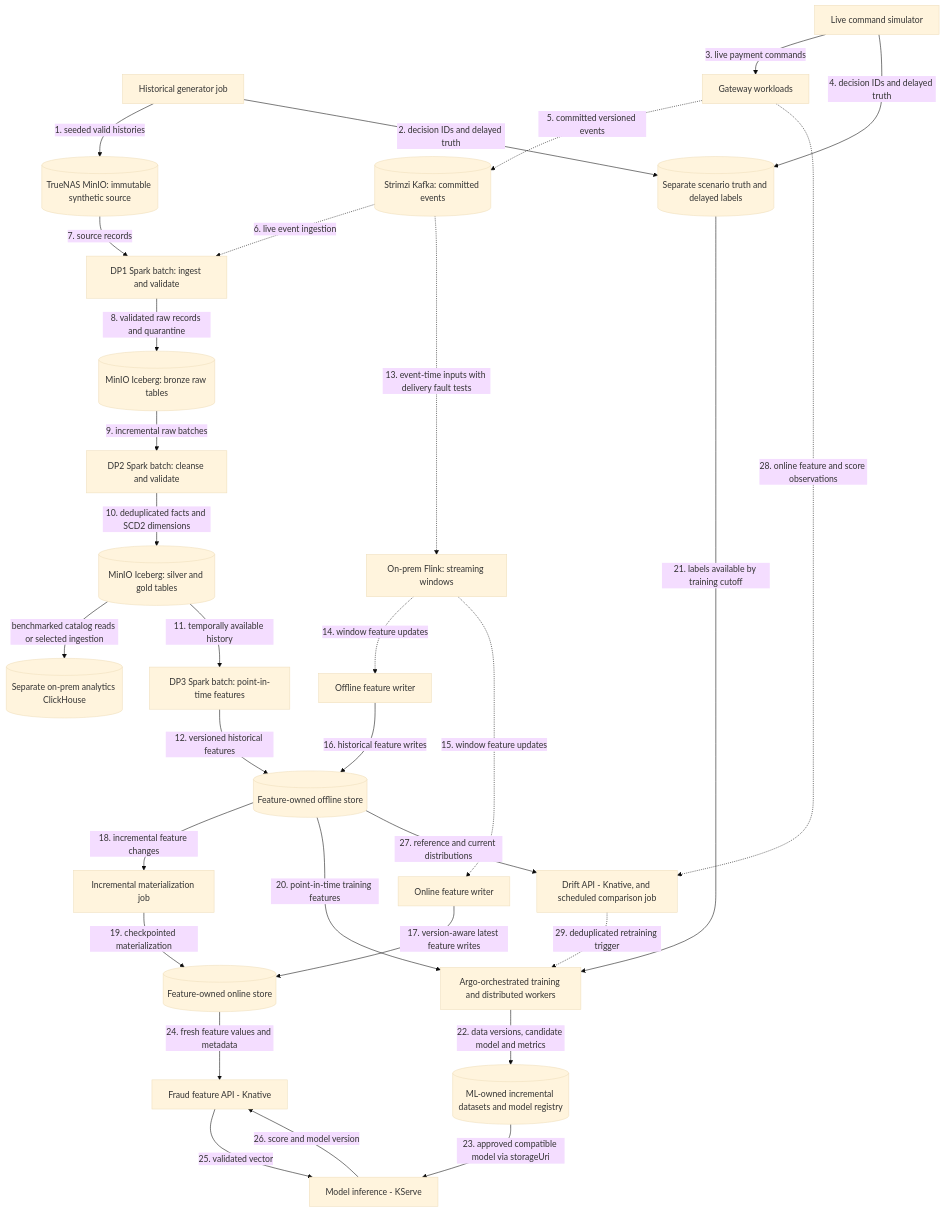
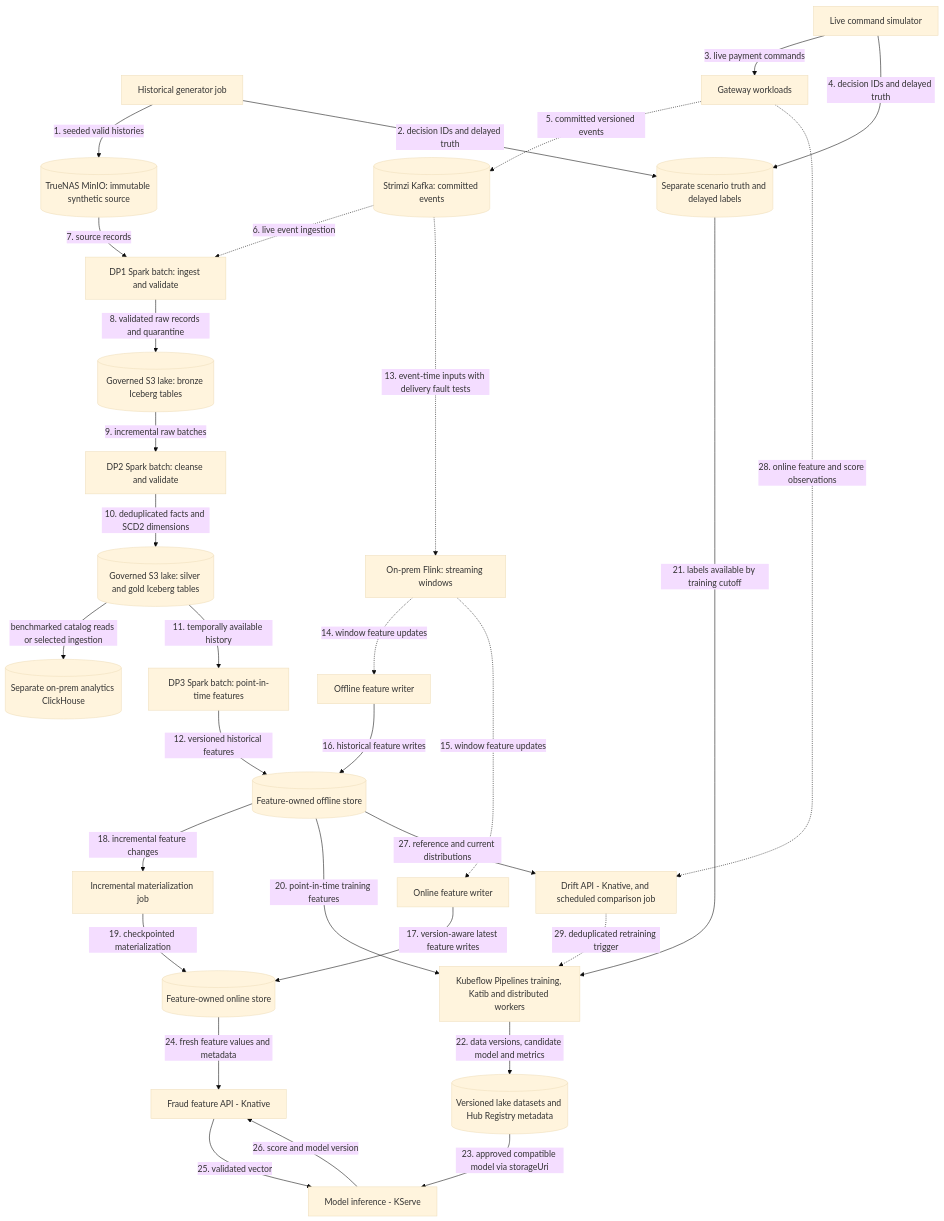
Before and after one commit to phuchoang2603/realtime-credit-card-fraud-detection: the diagram in docs/architecture/data-ml-flows.md, drawn with Mermaid (base theme). The commit also changed other lines of this file and 14 other files, not shown here.

````diff
--- a/docs/architecture/data-ml-flows.md
+++ b/docs/architecture/data-ml-flows.md
@@ -9,56 +9,56 @@
 ```mermaid
 flowchart TB
     H["Historical generator job"]
     L["Live command simulator"]
     G["Gateway workloads"]
     T[("Separate scenario truth and delayed labels")]
     S[("TrueNAS MinIO: immutable synthetic source")]
     Q[("Strimzi Kafka: committed events")]
     D1["DP1 Spark batch: ingest and validate"]
-    B[("MinIO Iceberg: bronze raw tables")]
+    B[("Governed S3 lake: bronze Iceberg tables")]
     D2["DP2 Spark batch: cleanse and validate"]
-    C[("MinIO Iceberg: silver and gold tables")]
+    C[("Governed S3 lake: silver and gold Iceberg tables")]
     CH[("Separate on-prem analytics ClickHouse")]
     D3["DP3 Spark batch: point-in-time features"]
     O[("Feature-owned offline store")]
     W["On-prem Flink: streaming windows"]
     WO["Offline feature writer"]
     WN["Online feature writer"]
     N[("Feature-owned online store")]
     MT["Incremental materialization job"]
-    TR["Argo-orchestrated training and distributed workers"]
-    MR[("ML-owned incremental datasets and model registry")]
+    TR["Kubeflow Pipelines training, Katib and distributed workers"]
+    MR[("Versioned lake datasets and Hub Registry metadata")]
     F["Fraud feature API - Knative"]
     I["Model inference - KServe"]
     D["Drift API - Knative, and scheduled comparison job"]
     H -->|"1. seeded valid histories"| S
     H -->|"2. decision IDs and delayed truth"| T
     L -->|"3. live payment commands"| G
     L -->|"4. decision IDs and delayed truth"| T
     G -.->|"5. committed versioned events"| Q
     Q -.->|"6. live event ingestion"| D1
     S -->|"7. source records"| D1
     D1 -->|"8. validated raw records and quarantine"| B
     B -->|"9. incremental raw batches"| D2
     D2 -->|"10. deduplicated facts and SCD2 dimensions"| C
     C -->|"benchmarked catalog reads or selected ingestion"| CH
     C -->|"11. temporally available history"| D3
     D3 -->|"12. versioned historical features"| O
     Q -.->|"13. event-time inputs with delivery fault tests"| W
     W -.->|"14. window feature updates"| WO
     W -.->|"15. window feature updates"| WN
     WO -->|"16. historical feature writes"| O
     WN -->|"17. version-aware latest feature writes"| N
     O -->|"18. incremental feature changes"| MT
     MT -->|"19. checkpointed materialization"| N
     O -->|"20. point-in-time training features"| TR
     T -->|"21. labels available by training cutoff"| TR
     TR -->|"22. data versions, candidate model and metrics"| MR
     MR -->|"23. approved compatible model via storageUri"| I
     N -->|"24. fresh feature values and metadata"| F
     F -->|"25. validated vector"| I
     I -->|"26. score and model version"| F
     O -->|"27. reference and current distributions"| D
     G -.->|"28. online feature and score observations"| D
     D -.->|"29. deduplicated retraining trigger"| TR
 ```
````
